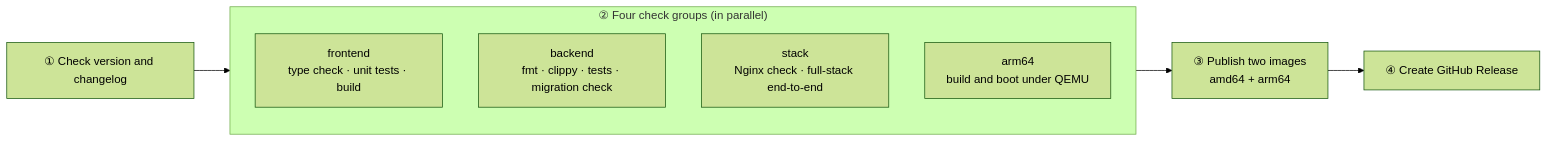
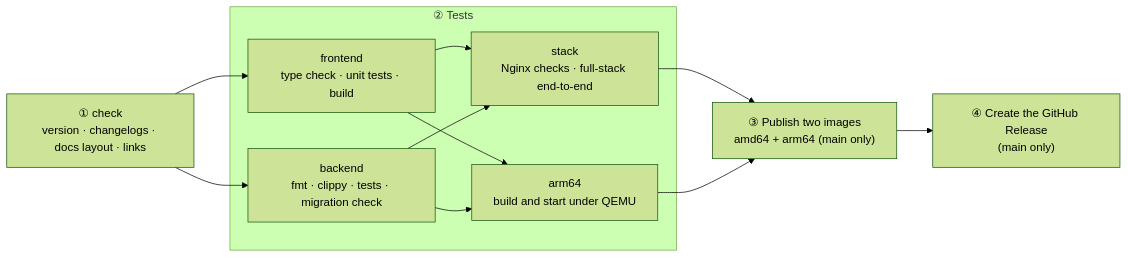
The seventh of 7 diagrams in README.md (Yumin-Space/xexam), drawn with Mermaid (forest theme) before and after one commit. The commit also changed other lines of this file and 205 other files, not shown here.

````diff
--- a/README.md
+++ b/README.md
@@ -558,12 +806,19 @@
 ```mermaid
 flowchart LR
-    C["① Check version and changelog"] --> T
-    subgraph T["② Four check groups (in parallel)"]
+    C["① check<br/>version · changelogs · docs layout · links"]
+    subgraph T["② Tests"]
         F["frontend<br/>type check · unit tests · build"]
         B["backend<br/>fmt · clippy · tests · migration check"]
-        S["stack<br/>Nginx check · full-stack end-to-end"]
-        A["arm64<br/>build and boot under QEMU"]
+        S["stack<br/>Nginx checks · full-stack end-to-end"]
+        A["arm64<br/>build and start under QEMU"]
+        F --> S
+        B --> S
+        F --> A
+        B --> A
     end
-    T --> P["③ Publish two images<br/>amd64 + arm64"]
-    P --> R["④ Create GitHub Release"]
+    C --> F
+    C --> B
+    S --> P["③ Publish two images<br/>amd64 + arm64 (main only)"]
+    A --> P
+    P --> R["④ Create the GitHub Release<br/>(main only)"]
 ```
````
